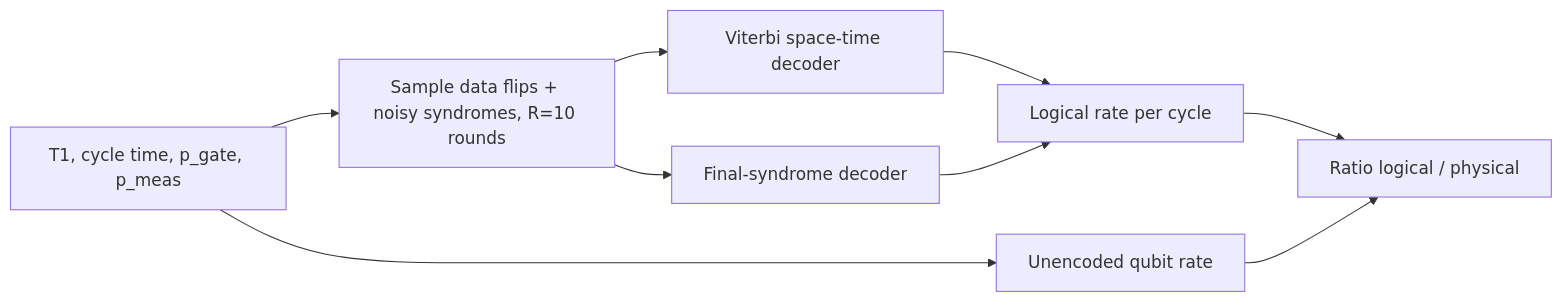
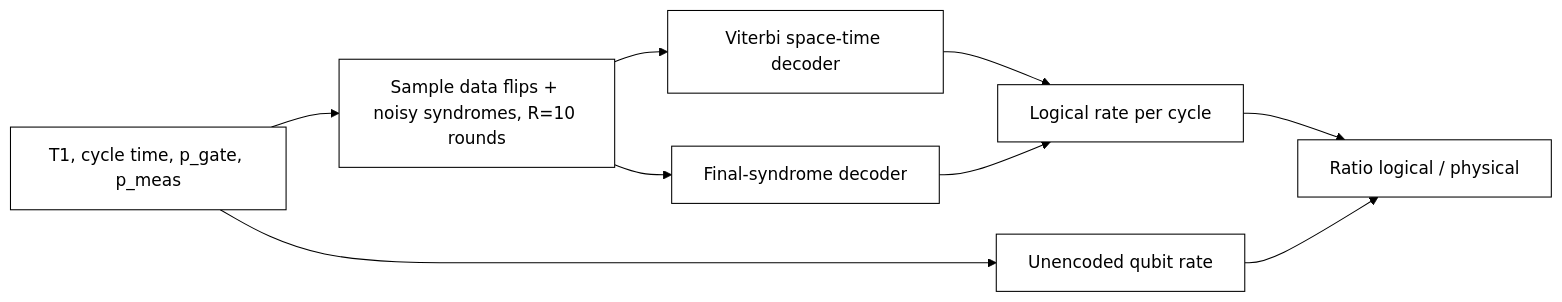
One commit to pradeepdegalaroyal/repetition-code-breakeven-map changed the diagram in README.md. Above: the diagram before and after it, drawn with Mermaid. The commit also changed other lines of this file and 2 other files, not shown here.

Commit message:
Docs: spell out abbreviations at first use; diagram labels beside arrows

````diff
--- a/README.md
+++ b/README.md
@@ -11,11 +11,12 @@
 ```mermaid
+%%{init: {'theme': 'base', 'themeVariables': {'primaryColor': '#ffffff', 'primaryTextColor': '#000000', 'primaryBorderColor': '#000000', 'lineColor': '#000000', 'secondaryColor': '#ffffff', 'tertiaryColor': '#ffffff', 'background': '#ffffff', 'noteBkgColor': '#ffffff', 'noteTextColor': '#000000', 'actorBkg': '#ffffff', 'actorBorder': '#000000', 'actorTextColor': '#000000', 'signalColor': '#000000', 'signalTextColor': '#000000', 'labelBoxBkgColor': '#ffffff', 'labelTextColor': '#000000', 'clusterBkg': '#ffffff', 'clusterBorder': '#000000'}}}%%
 flowchart LR
-  A[T1, cycle time, p_gate, p_meas] --> B[Sample data flips + noisy syndromes, R=10 rounds]
-  B --> C1[Viterbi space-time decoder]
-  B --> C2[Final-syndrome decoder]
-  C1 --> D[Logical rate per cycle]
+  A["T1, cycle time, p_gate, p_meas"] --> B["Sample data flips + noisy syndromes, R=10 rounds"]
+  B --> C1["Viterbi space-time decoder"]
+  B --> C2["Final-syndrome decoder"]
+  C1 --> D["Logical rate per cycle"]
   C2 --> D
-  A --> E[Unencoded qubit rate]
-  D --> F[Ratio logical / physical]
+  A --> E["Unencoded qubit rate"]
+  D --> F["Ratio logical / physical"]
   E --> F
 ```
````
